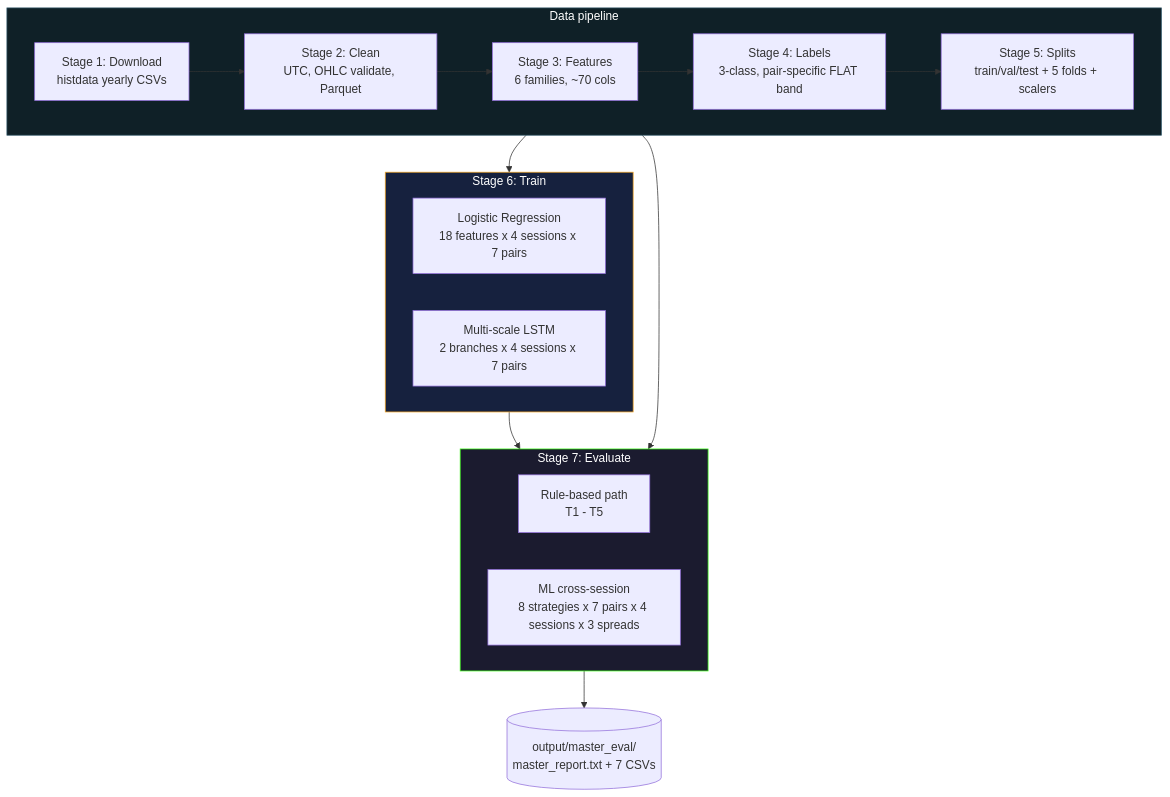
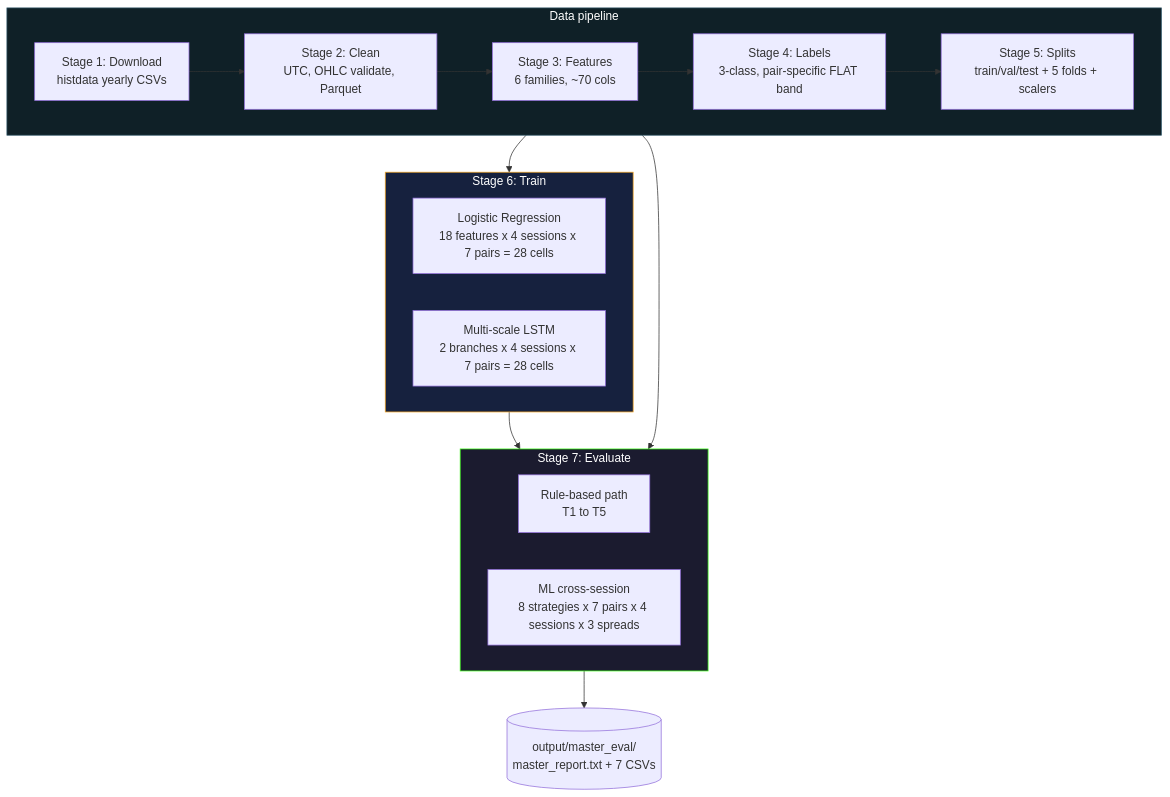
Before and after one commit to WA-MIN/forex-algo-trading: the first of 6 diagrams in ARCHITECTURE.md, drawn with Mermaid. The commit also changed other lines of this file and 17 other files, not shown here.

````diff
--- a/ARCHITECTURE.md
+++ b/ARCHITECTURE.md
@@ -11,29 +9,29 @@
 ```mermaid
 flowchart TB
   subgraph DATA ["Data pipeline"]
     direction LR
     D1[Stage 1: Download<br/>histdata yearly CSVs]
     D2[Stage 2: Clean<br/>UTC, OHLC validate, Parquet]
     D3[Stage 3: Features<br/>6 families, ~70 cols]
     D4[Stage 4: Labels<br/>3-class, pair-specific FLAT band]
     D5[Stage 5: Splits<br/>train/val/test + 5 folds + scalers]
     D1 --> D2 --> D3 --> D4 --> D5
   end
   subgraph TRAIN ["Stage 6: Train"]
     direction LR
-    T1[Logistic Regression<br/>18 features x 4 sessions x 7 pairs]
-    T2[Multi-scale LSTM<br/>2 branches x 4 sessions x 7 pairs]
+    T1[Logistic Regression<br/>18 features x 4 sessions x 7 pairs = 28 cells]
+    T2[Multi-scale LSTM<br/>2 branches x 4 sessions x 7 pairs = 28 cells]
   end
   subgraph EVAL ["Stage 7: Evaluate"]
     direction LR
-    E1[Rule-based path<br/>T1 - T5]
+    E1[Rule-based path<br/>T1 to T5]
     E2[ML cross-session<br/>8 strategies x 7 pairs x 4 sessions x 3 spreads]
   end
   D5 --> TRAIN
   D5 --> EVAL
   TRAIN --> EVAL
   EVAL --> OUT[(output/master_eval/<br/>master_report.txt + 7 CSVs)]
   style DATA fill:#0f2027,stroke:#2c5364,color:#fff
   style TRAIN fill:#16213e,stroke:#f5a623,color:#fff
   style EVAL fill:#1b1b2f,stroke:#39ff14,color:#fff
 ```
````
